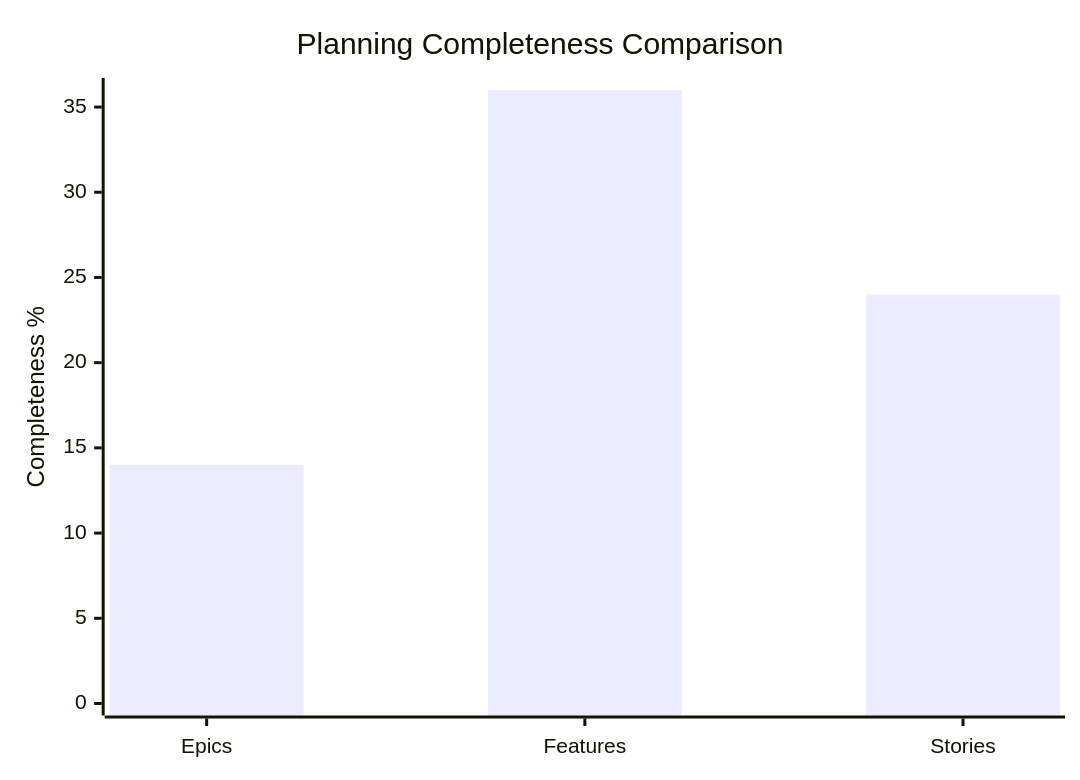
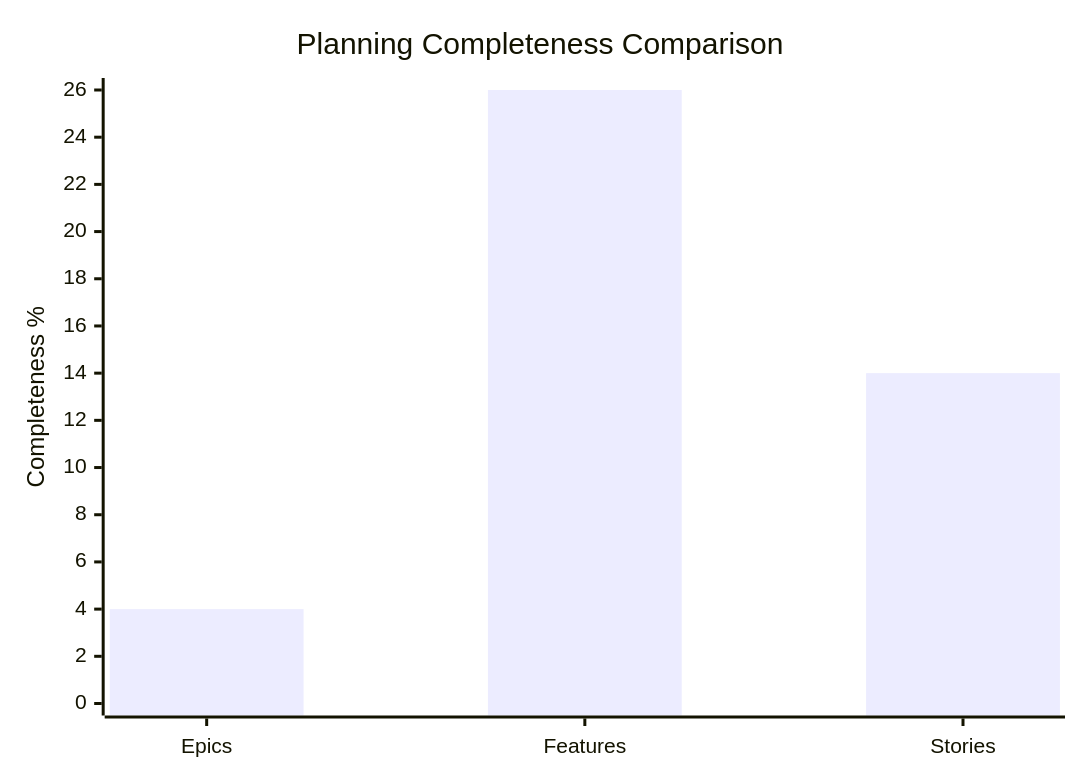
Before and after one commit to Apoorvsharmaa/new-test-repo: the eighth of 10 diagrams in test 8 ADO report.md, drawn with Mermaid. The commit also changed other lines of this file, not shown here.

````diff
--- a/test 8 ADO report.md
+++ b/test 8 ADO report.md
@@ -445,7 +434,7 @@
 ```mermaid
 xychart-beta
     title "Planning Completeness Comparison"
     x-axis ["Epics","Features","Stories"]
-    y-axis "Completeness %" 0 --> 36
-    bar [14,36,24]
+    y-axis "Completeness %" 0 --> 26
+    bar [4,26,14]
 ```
````
